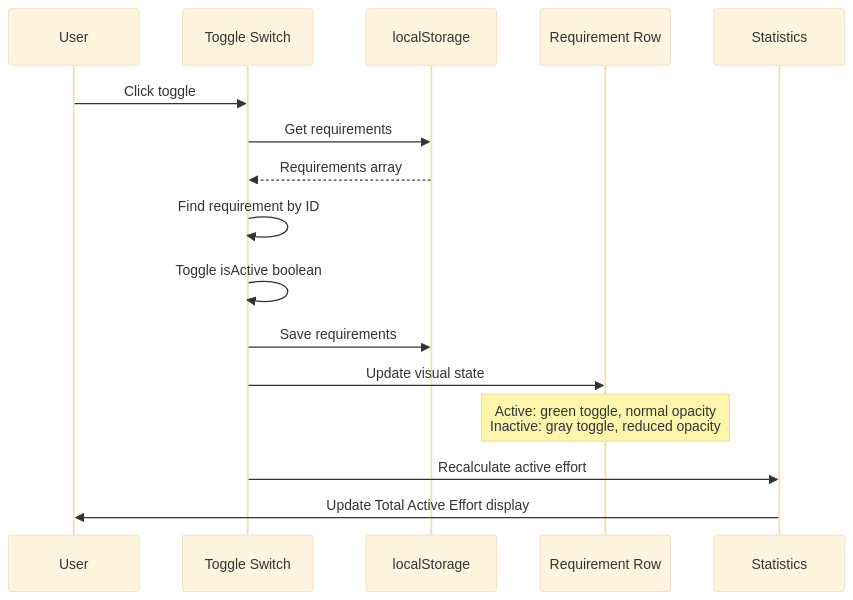
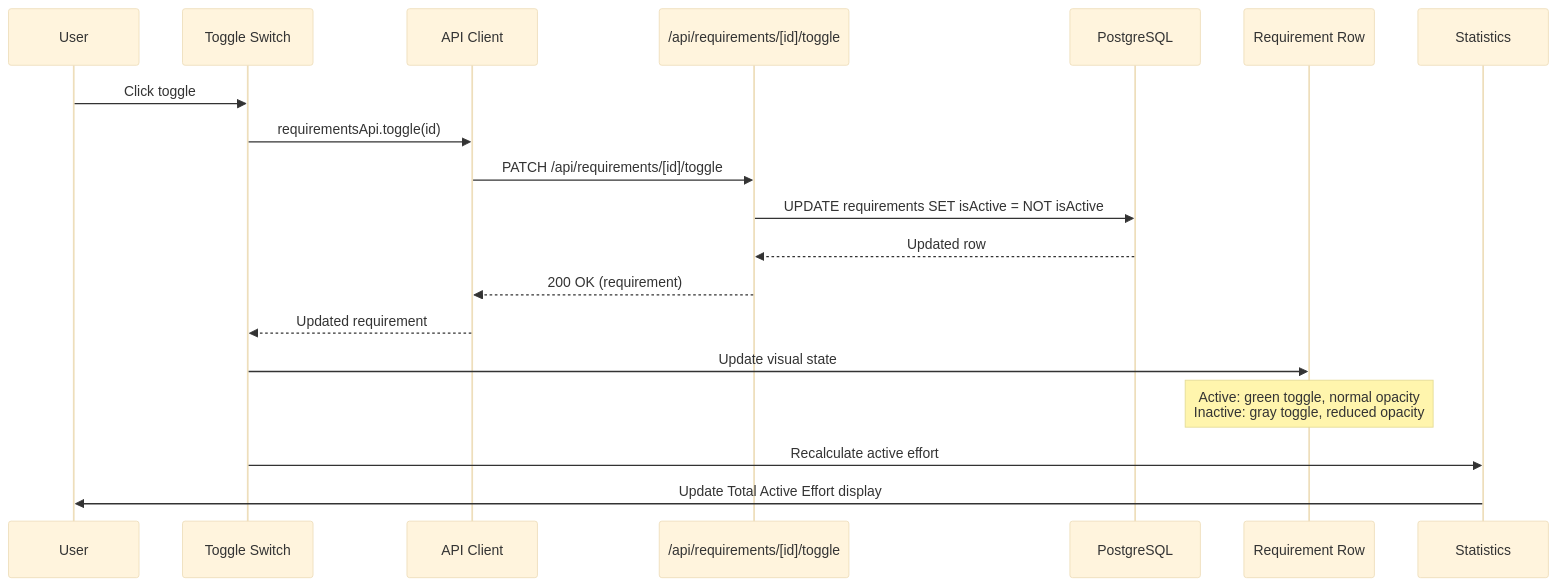
One commit to FirstRe/AIFIRST changed the sixth of 14 diagrams in docs/technical-spec.md. Above: the diagram before and after it, drawn with Mermaid (base theme). The commit also changed other lines of this file and 36 other files, not shown here.

````diff
--- a/docs/technical-spec.md
+++ b/docs/technical-spec.md
@@ -670,23 +1004,24 @@
 ```mermaid
 sequenceDiagram
     participant User as User
     participant Toggle as Toggle Switch
-    participant Storage as localStorage
+    participant API as API Client
+    participant Backend as /api/requirements/[id]/toggle
+    participant DB as PostgreSQL
     participant Row as Requirement Row
     participant Stats as Statistics
 
     User->>Toggle: Click toggle
-    Toggle->>Storage: Get requirements
-    Storage-->>Toggle: Requirements array
-
-    Toggle->>Toggle: Find requirement by ID
-    Toggle->>Toggle: Toggle isActive boolean
-
-    Toggle->>Storage: Save requirements
+    Toggle->>API: requirementsApi.toggle(id)
+    API->>Backend: PATCH /api/requirements/[id]/toggle
+    Backend->>DB: UPDATE requirements SET isActive = NOT isActive
+    DB-->>Backend: Updated row
+    Backend-->>API: 200 OK (requirement)
+    API-->>Toggle: Updated requirement
 
     Toggle->>Row: Update visual state
     Note over Row: Active: green toggle, normal opacity<br/>Inactive: gray toggle, reduced opacity
 
     Toggle->>Stats: Recalculate active effort
     Stats->>User: Update Total Active Effort display
 ```
````
